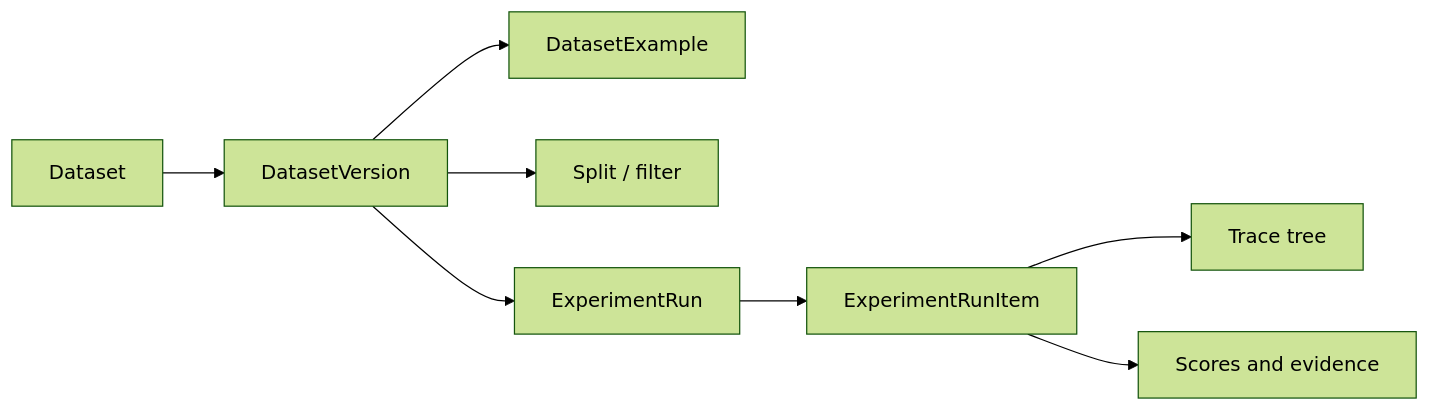
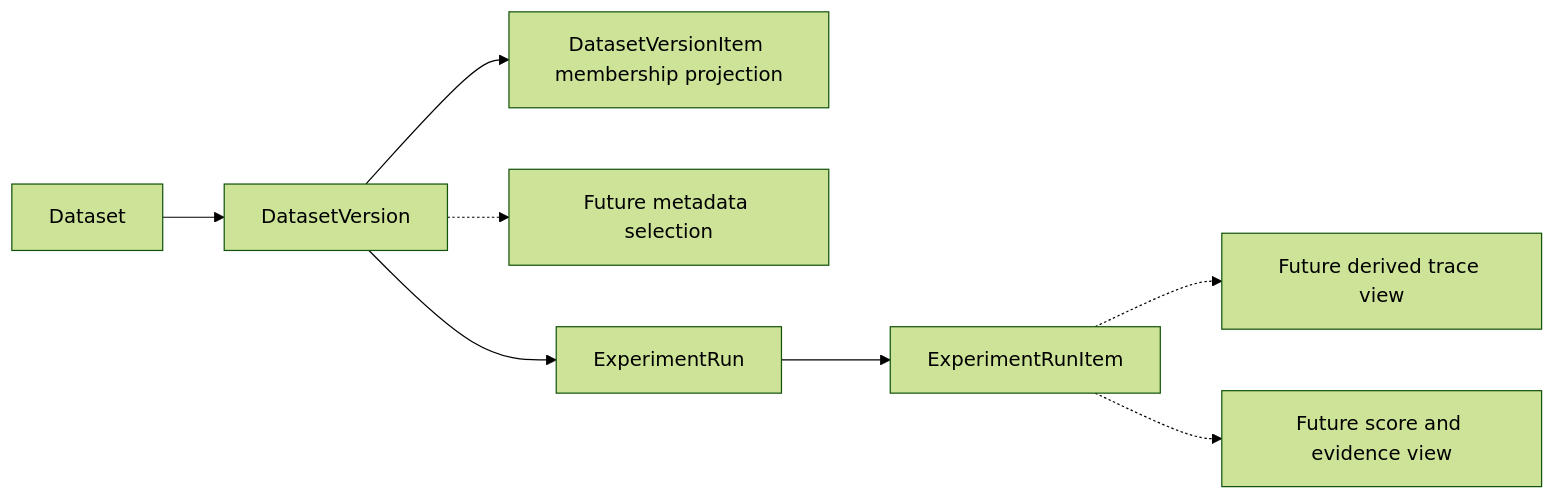
Before and after one commit to HarshRajSinghania/future-agi: the first of 4 diagrams in api_contracts/dataset-experiment-platform-design.md, drawn with Mermaid (forest theme). The commit also changed other lines of this file and 1 other file, not shown here.

Commit message:
docs: reconcile dataset experiment MVP contract

````diff
--- a/api_contracts/dataset-experiment-platform-design.md
+++ b/api_contracts/dataset-experiment-platform-design.md
@@ -7,10 +13,10 @@
 ```mermaid
 flowchart LR
   D[Dataset] --> V[DatasetVersion]
-  V --> E[DatasetExample]
-  V --> S[Split / filter]
+  V --> E[DatasetVersionItem membership projection]
+  V -.-> S[Future metadata selection]
   V --> R[ExperimentRun]
   R --> I[ExperimentRunItem]
-  I --> T[Trace tree]
-  I --> Q[Scores and evidence]
+  I -.-> T[Future derived trace view]
+  I -.-> Q[Future score and evidence view]
 ```
````
